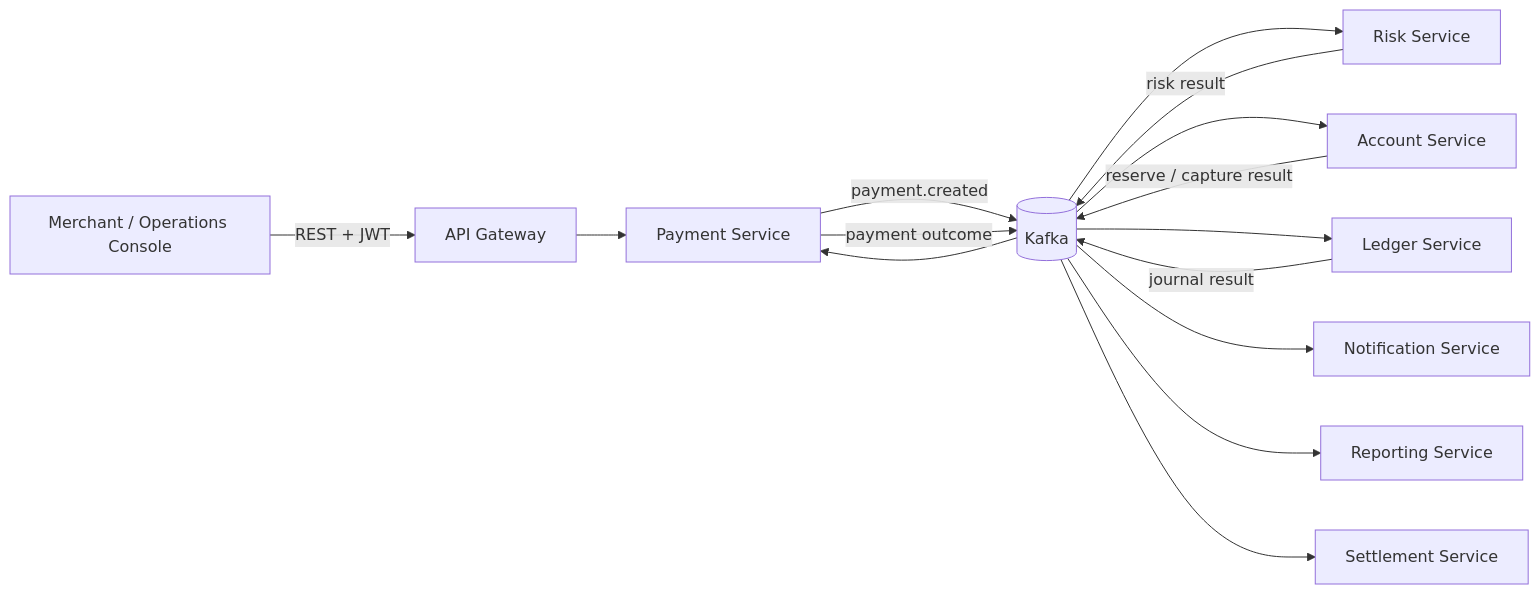
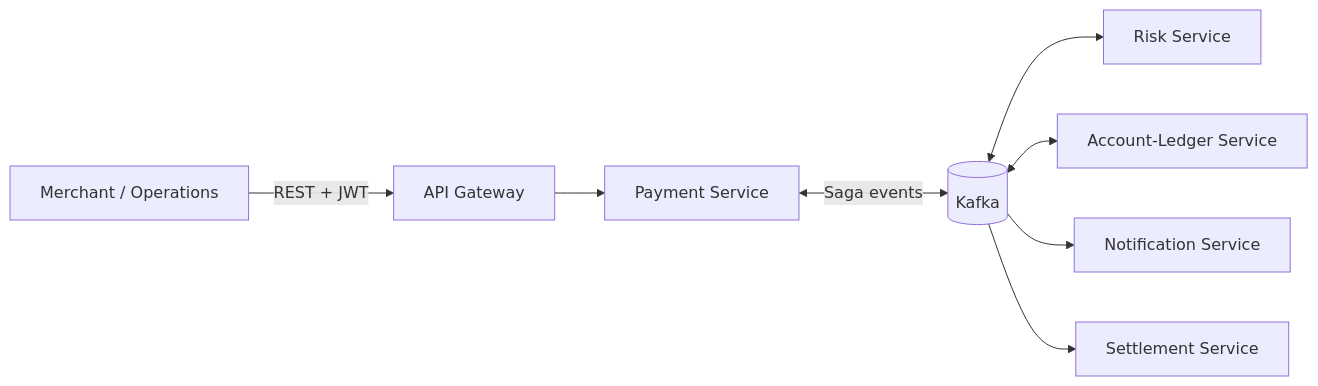
One commit to LeMinhTien151202/payflow-payment-platform changed the diagram in README.md. Above: the diagram before and after it, drawn with Mermaid. The commit also changed other lines of this file and 44 other files, not shown here.

Commit message:
feat: bootstrap core platform services, API gateway security, and infrastructure configurations

````diff
--- a/README.md
+++ b/README.md
@@ -13,17 +11,10 @@
 ```mermaid
 flowchart LR
-    Client[Merchant / Operations Console] -->|REST + JWT| Gateway[API Gateway]
+    Client[Merchant / Operations] -->|REST + JWT| Gateway[API Gateway]
     Gateway --> Payment[Payment Service]
-    Payment -->|payment.created| Kafka[(Kafka)]
-    Kafka --> Risk[Risk Service]
-    Risk -->|risk result| Kafka
-    Kafka --> Account[Account Service]
-    Kafka --> Ledger[Ledger Service]
-    Account -->|reserve / capture result| Kafka
-    Ledger -->|journal result| Kafka
-    Kafka --> Payment
-    Payment -->|payment outcome| Kafka
+    Payment <-->|Saga events| Kafka[(Kafka)]
+    Kafka <--> Risk[Risk Service]
+    Kafka <--> AL[Account-Ledger Service]
     Kafka --> Notification[Notification Service]
-    Kafka --> Reporting[Reporting Service]
     Kafka --> Settlement[Settlement Service]
 ```
````
